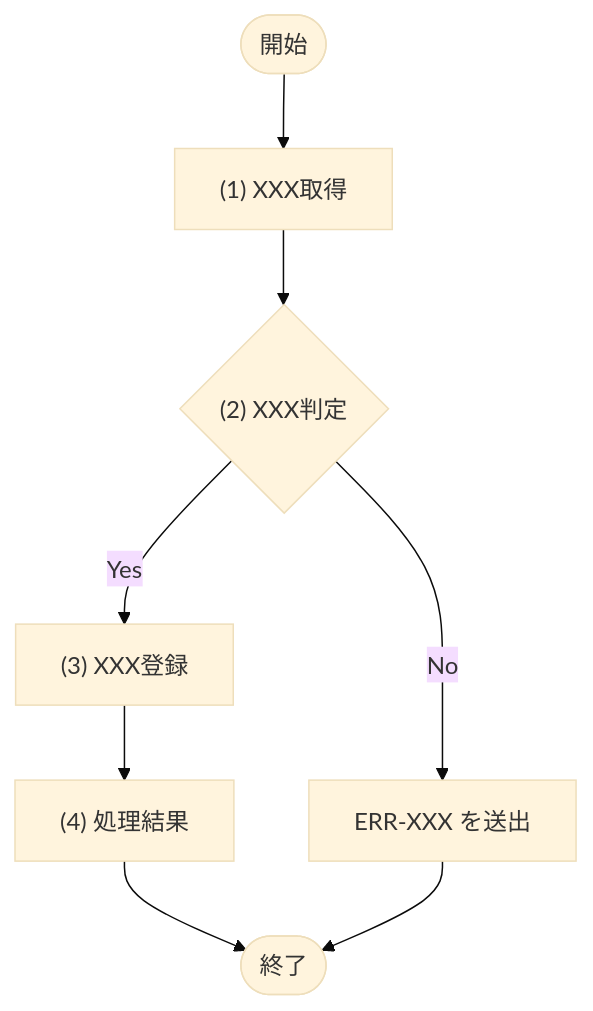
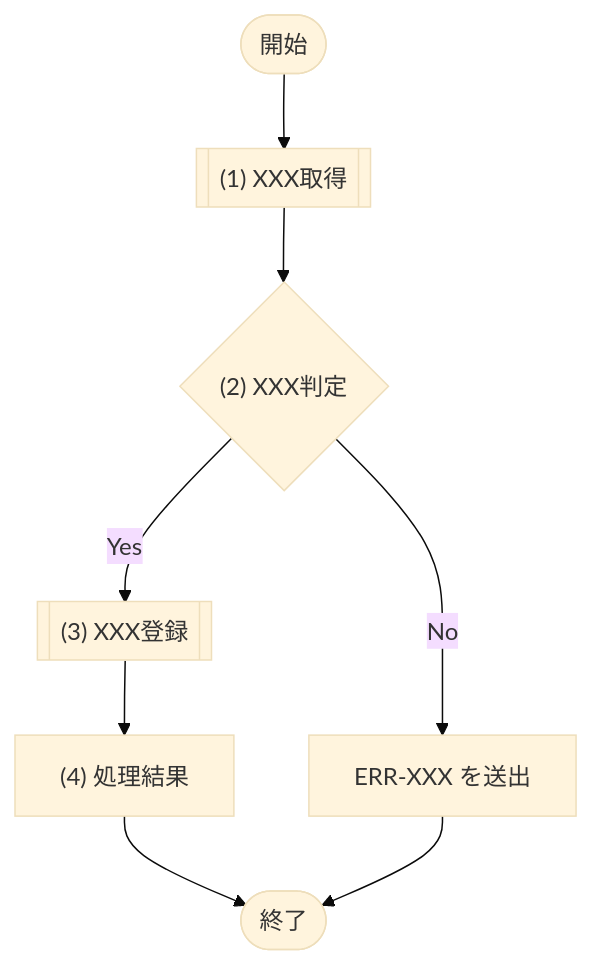
The diagram in template/03_機能設計/05_モジュール設計/テンプレート_モジュール.md (sikakou54/system-document-template), drawn with Mermaid (base theme) before and after one commit. The commit also changed other lines of this file and 28 other files, not shown here.

````diff
--- a/template/03_機能設計/05_モジュール設計/テンプレート_モジュール.md
+++ b/template/03_機能設計/05_モジュール設計/テンプレート_モジュール.md
@@ -145,14 +147,14 @@
 ```mermaid
 flowchart TD
   Start([開始])
-  P1["(1) XXX取得"]
+  P1[["(1) XXX取得"]]
   D1{"(2) XXX判定"}
-  P2["(3) XXX登録"]
+  P2[["(3) XXX登録"]]
   E1["ERR-XXX を送出"]
   P3["(4) 処理結果"]
   End([終了])
 
   Start --> P1 --> D1
   D1 -- "Yes" --> P2 --> P3 --> End
   D1 -- "No" --> E1 --> End
 ```
````
